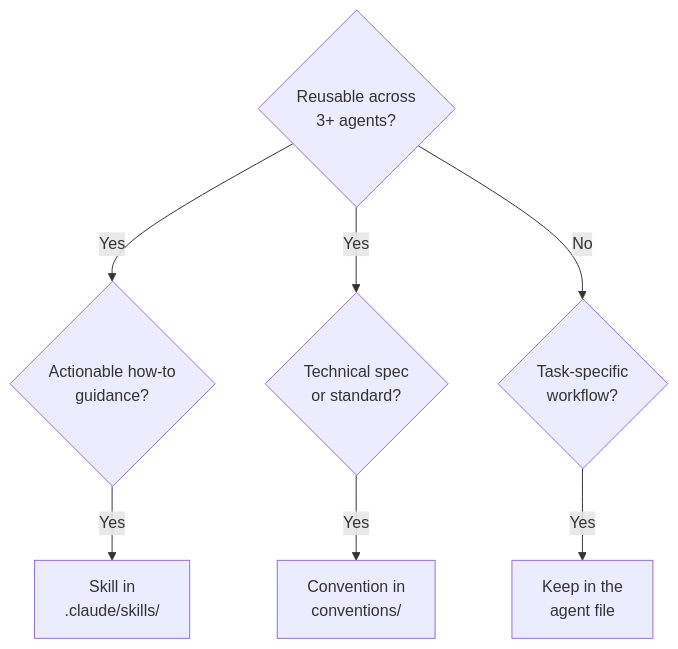
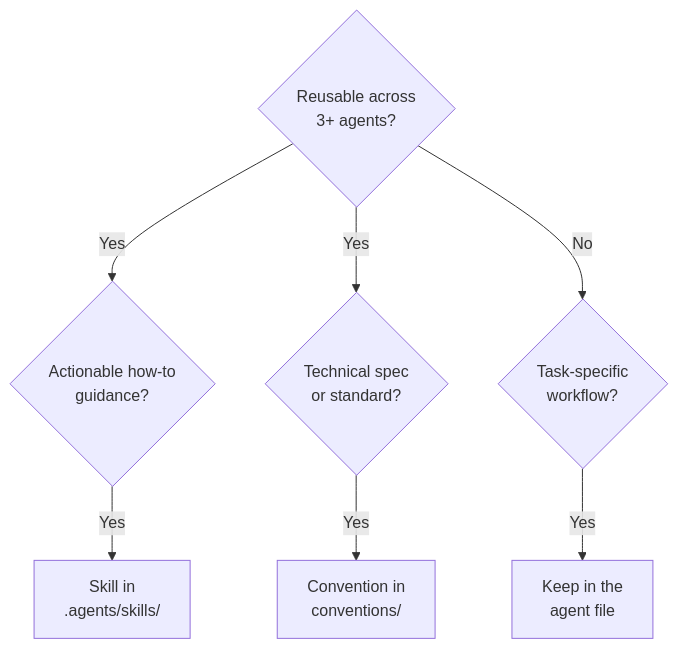
One commit to wahidyankf/ose-public changed the diagram in repo-governance/development/agents/ai-agents/agent-skill-separation-purpose-and-knowledge-classification.md. Above: the diagram before and after it, drawn with Mermaid. The commit also changed 1105 other files, not shown here.

````diff
--- a/repo-governance/development/agents/ai-agents/agent-skill-separation-purpose-and-knowledge-classification.md
+++ b/repo-governance/development/agents/ai-agents/agent-skill-separation-purpose-and-knowledge-classification.md
@@ -18,12 +18,12 @@
 ```mermaid
 flowchart TD
     accTitle: Knowledge Classification Decision Tree
-    accDescr: Reusable across 3+ agents? leads to Actionable how-to guidance? via Yes; Actionable how-to guidance? leads to Skill in.claude/skills/ via Yes; Reusable across 3+ agents? leads to Technical spec or standard? via Yes; and 3 more links.
+    accDescr: Reusable across 3+ agents? leads to Actionable how-to guidance? via Yes; Actionable how-to guidance? leads to Skill in.agents/skills/ via Yes; Reusable across 3+ agents? leads to Technical spec or standard? via Yes; and 3 more links.
     Q1{"Reusable across<br/>3+ agents?"}
     Q1 -->|Yes| Q2{"Actionable how-to<br/>guidance?"}
-    Q2 -->|Yes| SK["Skill in<br/>.claude/skills/"]
+    Q2 -->|Yes| SK["Skill in<br/>.agents/skills/"]
     Q1 -->|Yes| Q3{"Technical spec<br/>or standard?"}
     Q3 -->|Yes| CV["Convention in<br/>conventions/"]
     Q1 -->|No| Q4{"Task-specific<br/>workflow?"}
     Q4 -->|Yes| AG["Keep in the<br/>agent file"]
 ```
````
